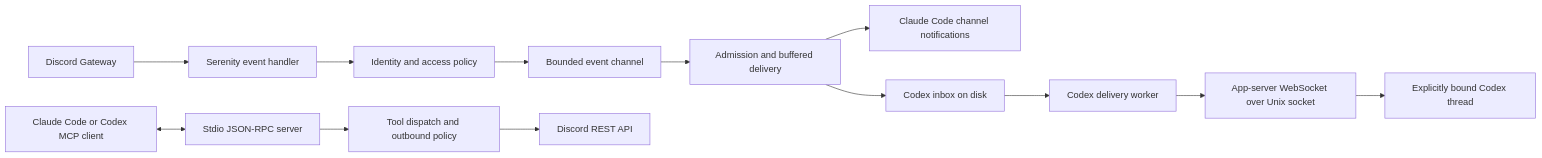
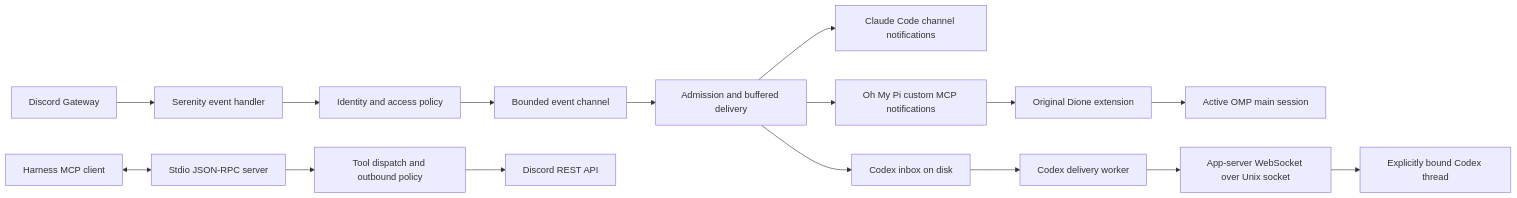
Before and after one commit to butterflyskies/dione: the diagram in ARCHITECTURE.md, drawn with Mermaid. The commit also changed other lines of this file and 285 other files, not shown here.

````diff
--- a/ARCHITECTURE.md
+++ b/ARCHITECTURE.md
@@ -14,15 +17,18 @@
 ```mermaid
 flowchart LR
     Discord[Discord Gateway] --> Handler[Serenity event handler]
     Handler --> Gates[Identity and access policy]
     Gates --> Events[Bounded event channel]
     Events --> Delivery[Admission and buffered delivery]
     Delivery --> Claude[Claude Code channel notifications]
+    Delivery --> Omp[Oh My Pi custom MCP notifications]
+    Omp --> Extension[Original Dione extension]
+    Extension --> OmpMain[Active OMP main session]
     Delivery --> Inbox[Codex inbox on disk]
     Inbox --> Worker[Codex delivery worker]
     Worker --> Socket[App-server WebSocket over Unix socket]
     Socket --> Thread[Explicitly bound Codex thread]
-    Host[Claude Code or Codex MCP client] <--> MCP[Stdio JSON-RPC server]
+    Host[Harness MCP client] <--> MCP[Stdio JSON-RPC server]
     MCP --> Tools[Tool dispatch and outbound policy]
     Tools --> REST[Discord REST API]
 ```
````
